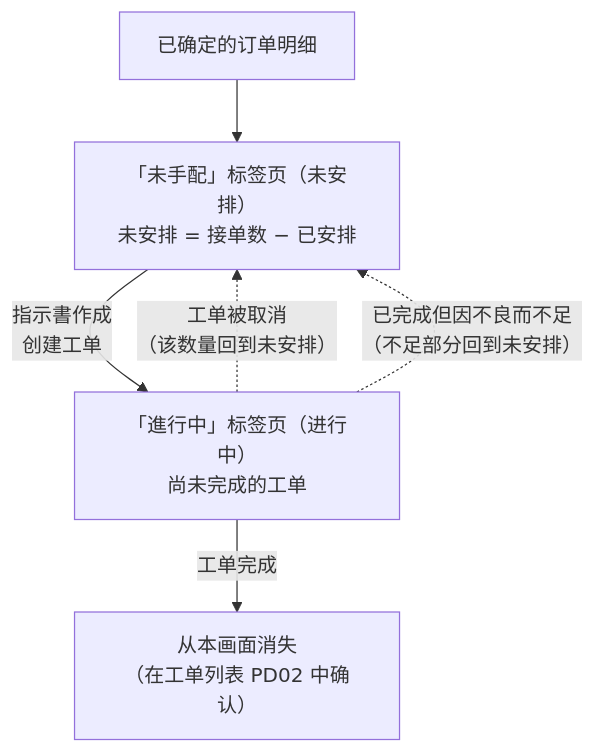
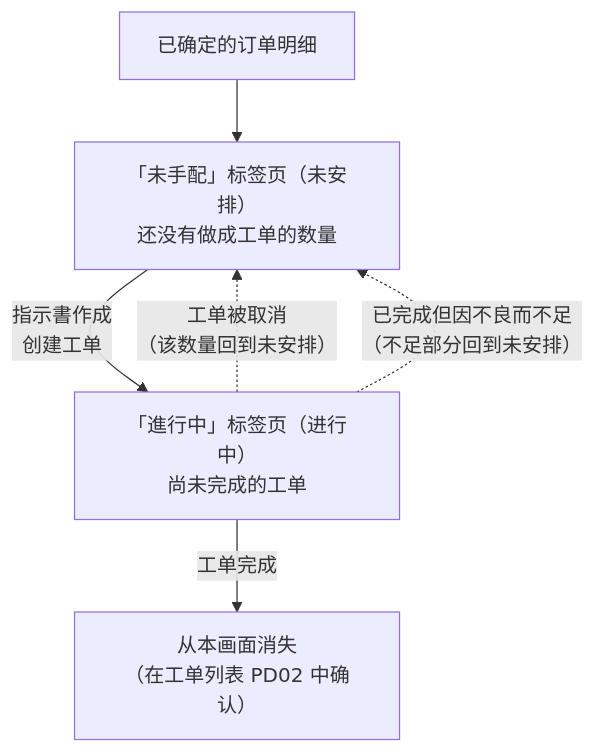
Before and after one commit to Kuisin/ckk-tool-v3: the diagram in coolify/apps/nextjs-web/content/manual/operations/production/pending-work-order/user.zh.md, drawn with Mermaid. The commit also changed other lines of this file and 26 other files, not shown here.

````diff
--- a/coolify/apps/nextjs-web/content/manual/operations/production/pending-work-order/user.zh.md
+++ b/coolify/apps/nextjs-web/content/manual/operations/production/pending-work-order/user.zh.md
@@ -69,8 +71,8 @@
 ```mermaid
 flowchart TD
-  line["已确定的订单明细"] --> un["「未手配」标签页（未安排）<br/>未安排 = 接单数 − 已安排"]
+  line["已确定的订单明细"] --> un["「未手配」标签页（未安排）<br/>还没有做成工单的数量"]
   un -->|"指示書作成<br/>创建工单"| wo["「進行中」标签页（进行中）<br/>尚未完成的工单"]
   wo -->|"工单完成"| done["从本画面消失<br/>（在工单列表 PD02 中确认）"]
   wo -.->|"工单被取消<br/>（该数量回到未安排）"| un
   wo -.->|"已完成但因不良而不足<br/>（不足部分回到未安排）"| un
 ```
````
